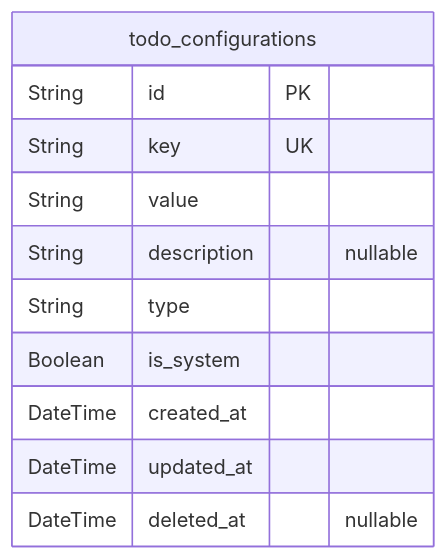
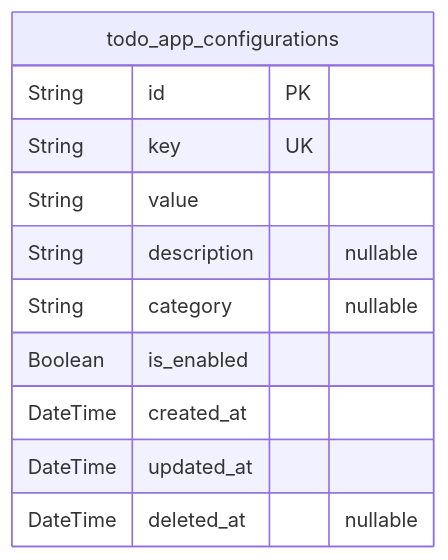
One commit to wrtnlabs/autobe-examples changed the first of 3 diagrams in moonshotai/kimi-k2-0905-exacto/todo/docs/ERD.md. Above: the diagram before and after it, drawn with Mermaid. The commit also changed other lines of this file and 22498 other files, not shown here.

````diff
--- a/moonshotai/kimi-k2-0905-exacto/todo/docs/ERD.md
+++ b/moonshotai/kimi-k2-0905-exacto/todo/docs/ERD.md
@@ -11,14 +11,14 @@
 ```mermaid
 erDiagram
-"todo_configurations" {
+"todo_app_configurations" {
   String id PK
   String key UK
   String value
   String description "nullable"
-  String type
-  Boolean is_system
+  String category "nullable"
+  Boolean is_enabled
   DateTime created_at
   DateTime updated_at
   DateTime deleted_at "nullable"
 }
 ```
````
